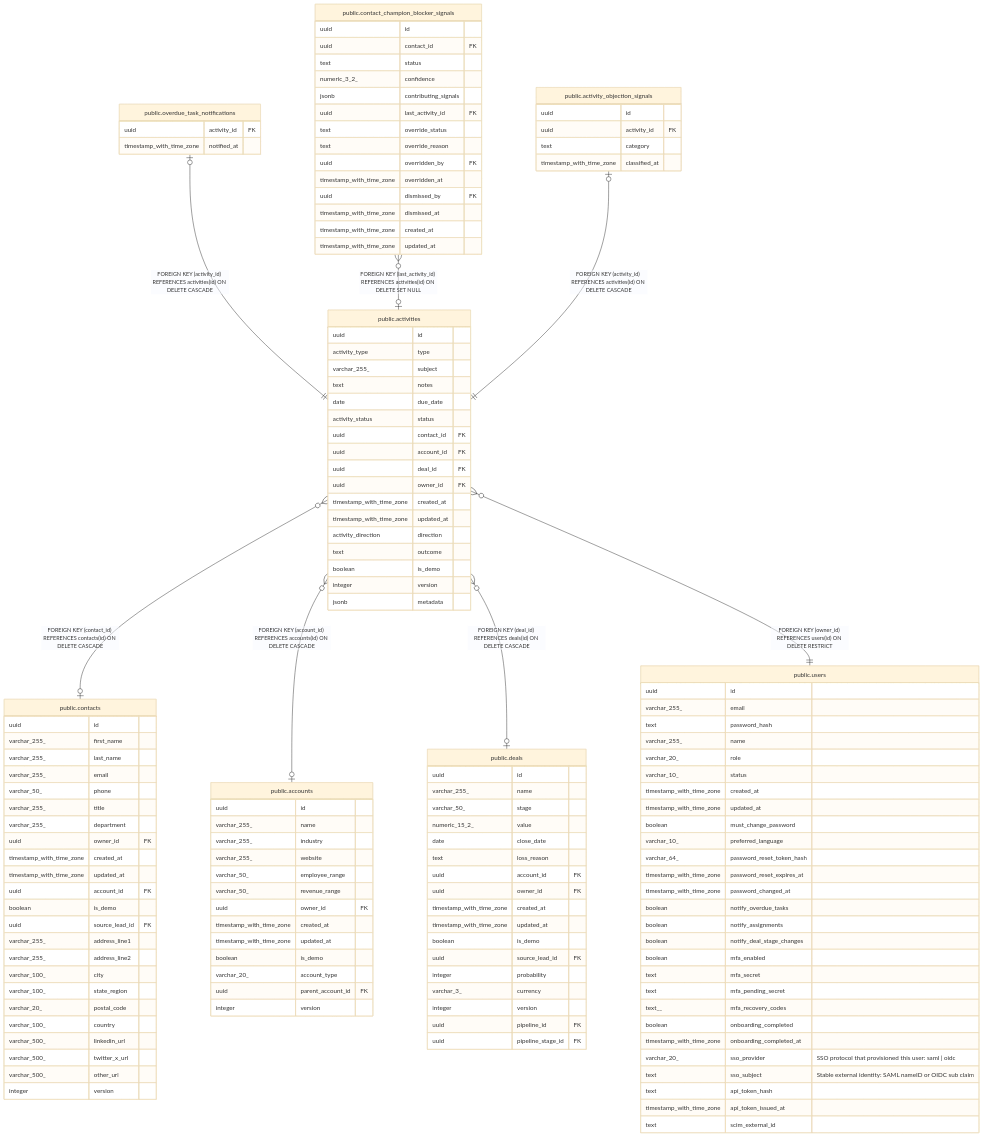
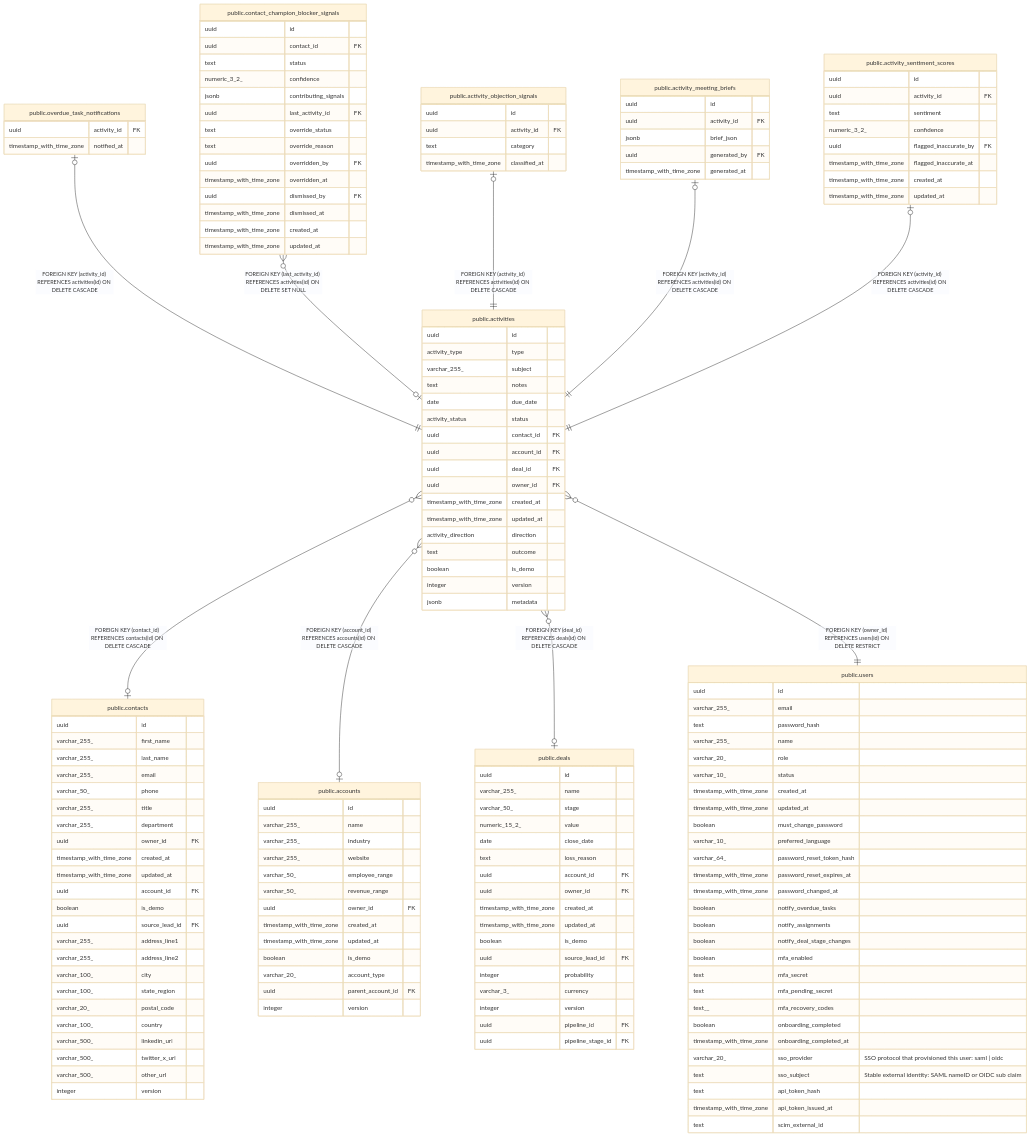
Before and after one commit to rkseattle/minicrm: the diagram in docs/schema/public.activities.md, drawn with Mermaid (base theme). The commit also changed other lines of this file and 12 other files, not shown here.

First line of the commit message:
feat: add migrations and schemas for AI relationship signals (MINCRM-465/468/472)

```diff
--- a/docs/schema/public.activities.md
+++ b/docs/schema/public.activities.md
@@ -58,6 +58,8 @@
 "public.overdue_task_notifications" |o--|| "public.activities" : "FOREIGN KEY (activity_id) REFERENCES activities(id) ON DELETE CASCADE"
 "public.contact_champion_blocker_signals" }o--o| "public.activities" : "FOREIGN KEY (last_activity_id) REFERENCES activities(id) ON DELETE SET NULL"
 "public.activity_objection_signals" |o--|| "public.activities" : "FOREIGN KEY (activity_id) REFERENCES activities(id) ON DELETE CASCADE"
+"public.activity_meeting_briefs" |o--|| "public.activities" : "FOREIGN KEY (activity_id) REFERENCES activities(id) ON DELETE CASCADE"
+"public.activity_sentiment_scores" |o--|| "public.activities" : "FOREIGN KEY (activity_id) REFERENCES activities(id) ON DELETE CASCADE"
 "public.activities" }o--o| "public.contacts" : "FOREIGN KEY (contact_id) REFERENCES contacts(id) ON DELETE CASCADE"
 "public.activities" }o--o| "public.accounts" : "FOREIGN KEY (account_id) REFERENCES accounts(id) ON DELETE CASCADE"
 "public.activities" }o--o| "public.deals" : "FOREIGN KEY (deal_id) REFERENCES deals(id) ON DELETE CASCADE"
@@ -107,6 +109,23 @@
   uuid activity_id FK ""
   text category ""
   timestamp_with_time_zone classified_at ""
+}
+"public.activity_meeting_briefs" {
+  uuid id ""
+  uuid activity_id FK ""
+  jsonb brief_json ""
+  uuid generated_by FK ""
+  timestamp_with_time_zone generated_at ""
+}
+"public.activity_sentiment_scores" {
+  uuid id ""
+  uuid activity_id FK ""
+  text sentiment ""
+  numeric_3_2_ confidence ""
+  uuid flagged_inaccurate_by FK ""
+  timestamp_with_time_zone flagged_inaccurate_at ""
+  timestamp_with_time_zone created_at ""
+  timestamp_with_time_zone updated_at ""
 }
 "public.contacts" {
   uuid id ""
```
